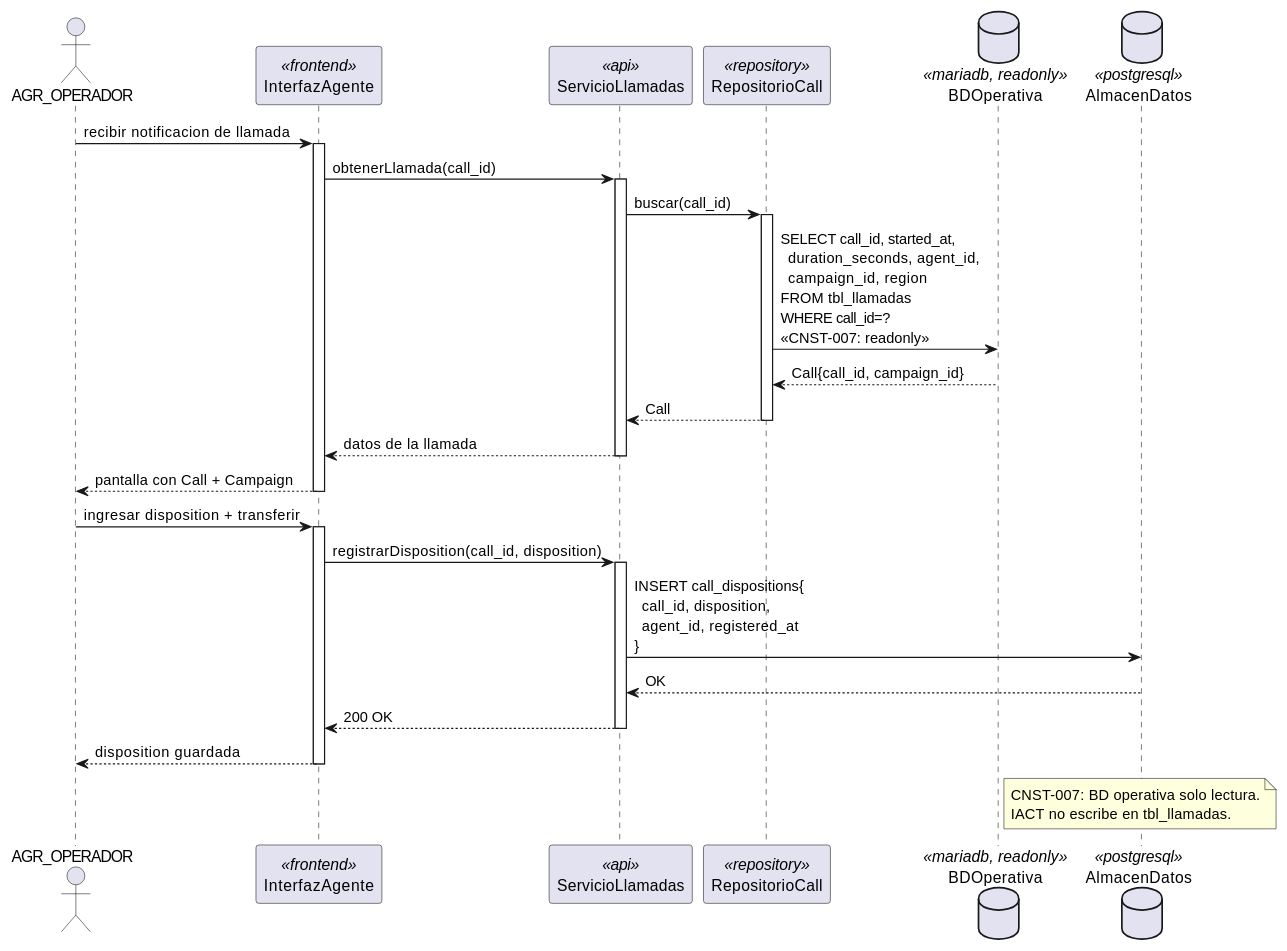
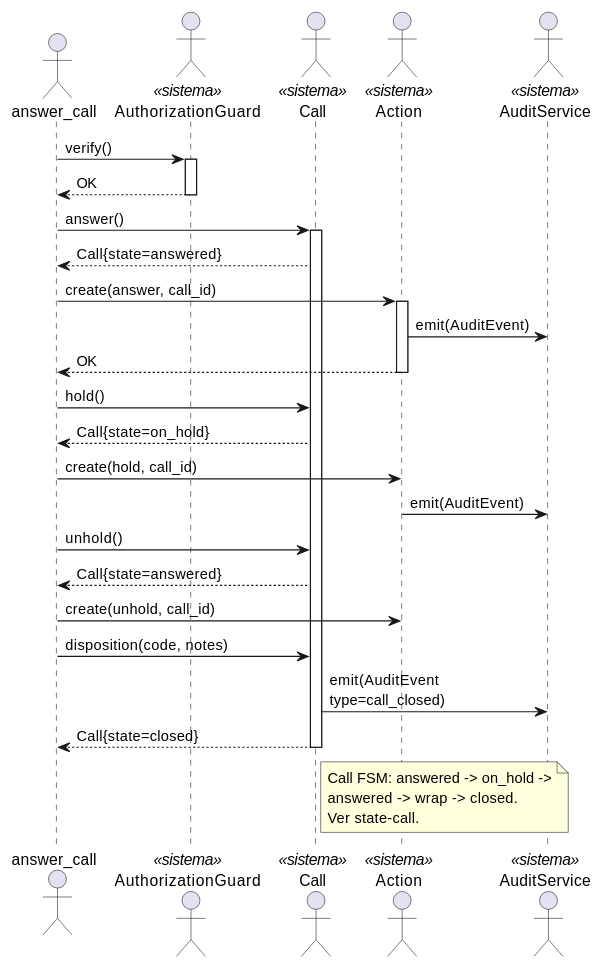
One commit to jcg-admin/IACT-docs changed the diagram in source/arquitectura-tecnica/design-view/seq-operator.rst. Above: the diagram before and after it, drawn with PlantUML. The commit also changed other lines of this file and 12 other files, not shown here.

First line of the commit message:
Harmonize 13 design-view sequence diagrams to canonical vocab

```diff
--- a/source/arquitectura-tecnica/design-view/seq-operator.rst
+++ b/source/arquitectura-tecnica/design-view/seq-operator.rst
@@ -24,52 +24,50 @@
 .. uml::
- :caption: Design View MOD_Operator — flujo de atencion de llamada entrante.
+ :caption: MOD_Operator — atencion de llamada con disposition.
 
  @startuml
 
- actor AGR_OPERADOR
+ actor "answer_call" as answer_call
+ actor "AuthorizationGuard" as AuthorizationGuard <<sistema>>
+ actor "Call" as Call <<sistema>>
+ actor "Action" as Action <<sistema>>
+ actor "AuditService" as AuditService <<sistema>>
 
- participant InterfazAgente   <<frontend>>
- participant ServicioLlamadas <<api>>
- participant RepositorioCall  <<repository>>
- database    BDOperativa      <<mariadb, readonly>>
- database    AlmacenDatos     <<postgresql>>
+ answer_call -> AuthorizationGuard : verify()
+ activate AuthorizationGuard
+ AuthorizationGuard --> answer_call : OK
+ deactivate AuthorizationGuard
 
- AGR_OPERADOR -> InterfazAgente : recibir notificacion de llamada
- activate InterfazAgente
+ answer_call -> Call : answer()
+ activate Call
+ Call --> answer_call : Call{state=answered}
 
- InterfazAgente -> ServicioLlamadas : obtenerLlamada(call_id)
- activate ServicioLlamadas
+ answer_call -> Action : create(answer, call_id)
+ activate Action
+ Action -> AuditService : emit(AuditEvent)
+ Action --> answer_call : OK
+ deactivate Action
 
- ServicioLlamadas -> RepositorioCall : buscar(call_id)
- activate RepositorioCall
- RepositorioCall -> BDOperativa : SELECT call_id, started_at,\n  duration_seconds, agent_id,\n  campaign_id, region\nFROM tbl_llamadas\nWHERE call_id=?\n<<CNST-007: readonly>>
- BDOperativa --> RepositorioCall : Call{call_id, campaign_id}
- RepositorioCall --> ServicioLlamadas : Call
- deactivate RepositorioCall
+ ' Operacion durante la llamada
+ answer_call -> Call : hold()
+ Call --> answer_call : Call{state=on_hold}
+ answer_call -> Action : create(hold, call_id)
+ Action -> AuditService : emit(AuditEvent)
 
- ServicioLlamadas --> InterfazAgente : datos de la llamada
- deactivate ServicioLlamadas
+ answer_call -> Call : unhold()
+ Call --> answer_call : Call{state=answered}
+ answer_call -> Action : create(unhold, call_id)
 
- InterfazAgente --> AGR_OPERADOR : pantalla con Call + Campaign
- deactivate InterfazAgente
+ ' Cierre con disposition
+ answer_call -> Call : disposition(code, notes)
+ Call -> AuditService : emit(AuditEvent\ntype=call_closed)
+ Call --> answer_call : Call{state=closed}
+ deactivate Call
+ deactivate AuditService
 
- AGR_OPERADOR -> InterfazAgente : ingresar disposition + transferir
- activate InterfazAgente
-
- InterfazAgente -> ServicioLlamadas : registrarDisposition(call_id, disposition)
- activate ServicioLlamadas
-
- ServicioLlamadas -> AlmacenDatos : INSERT call_dispositions{\n  call_id, disposition,\n  agent_id, registered_at\n}
- AlmacenDatos --> ServicioLlamadas : OK
-
- ServicioLlamadas --> InterfazAgente : 200 OK
- deactivate ServicioLlamadas
- InterfazAgente --> AGR_OPERADOR : disposition guardada
- deactivate InterfazAgente
-
- note right of BDOperativa
-   CNST-007: BD operativa solo lectura.
-   IACT no escribe en tbl_llamadas.
+ note right of Call
+   Call FSM: answered -> on_hold ->
+   answered -> wrap -> closed.
+   Ver state-call.
  end note
 
  @enduml
```
